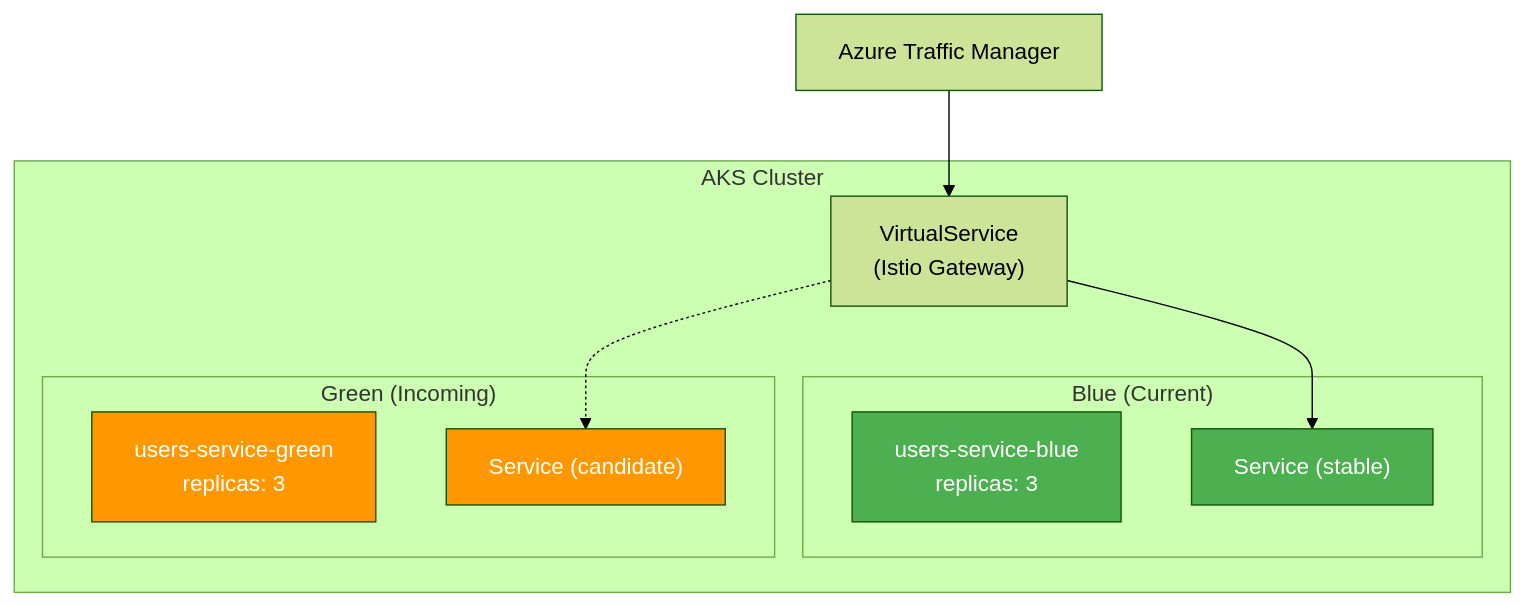
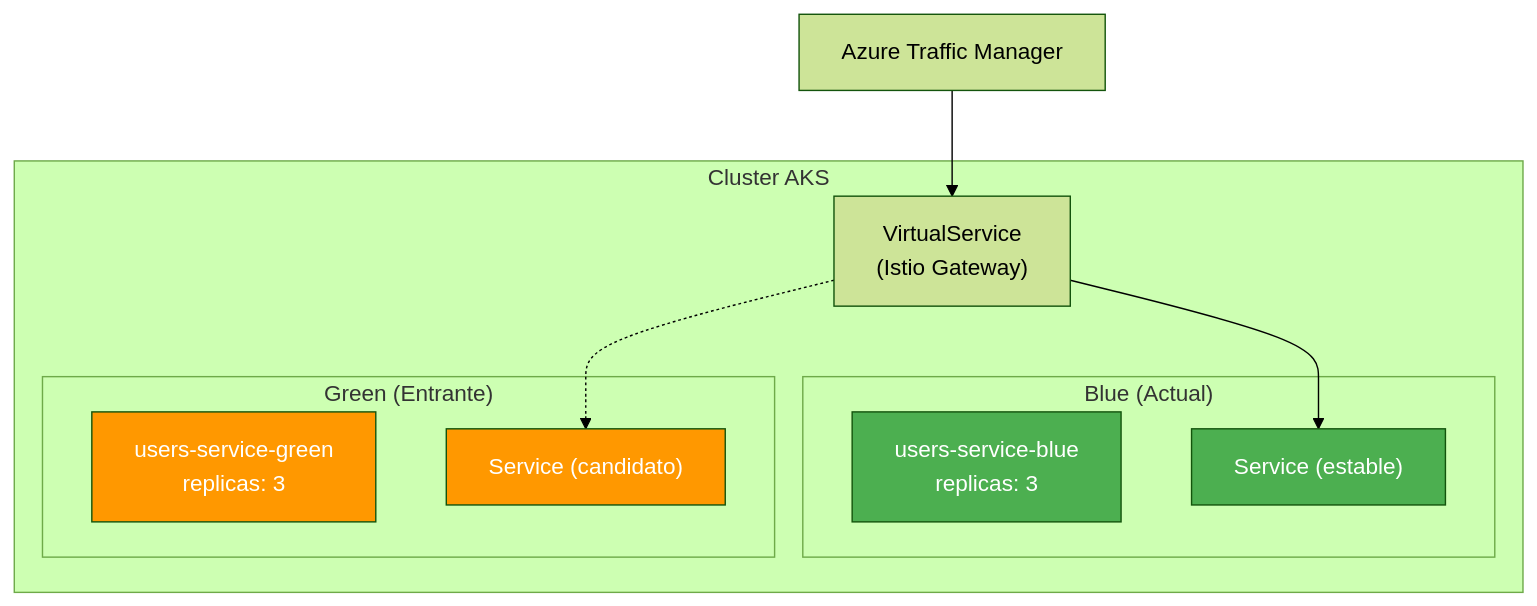
One commit to nalyd2/users-demo-backstage changed the second of 2 diagrams in docs/runbooks/deployment.md. Above: the diagram before and after it, drawn with Mermaid (forest theme). The commit also changed other lines of this file and 52 other files, not shown here.

````diff
--- a/docs/runbooks/deployment.md
+++ b/docs/runbooks/deployment.md
@@ -178,23 +178,23 @@
 ```mermaid
 graph TB
-    subgraph "AKS Cluster"
-        subgraph "Blue (Current)"
+    subgraph "Cluster AKS"
+        subgraph "Blue (Actual)"
             B_Pods["users-service-blue<br/>replicas: 3"]
-            B_Svc["Service (stable)"]
+            B_Svc["Service (estable)"]
         end
-        subgraph "Green (Incoming)"
+        subgraph "Green (Entrante)"
             G_Pods["users-service-green<br/>replicas: 3"]
-            G_Svc["Service (candidate)"]
+            G_Svc["Service (candidato)"]
         end
         VS["VirtualService<br/>(Istio Gateway)"]
     end
 
     TM["Azure Traffic Manager"] --> VS
     VS --> B_Svc
     VS -.-> G_Svc
 
     style B_Pods fill:#4CAF50,color:#fff
     style G_Pods fill:#FF9800,color:#fff
     style B_Svc fill:#4CAF50,color:#fff
     style G_Svc fill:#FF9800,color:#fff
 ```
````
